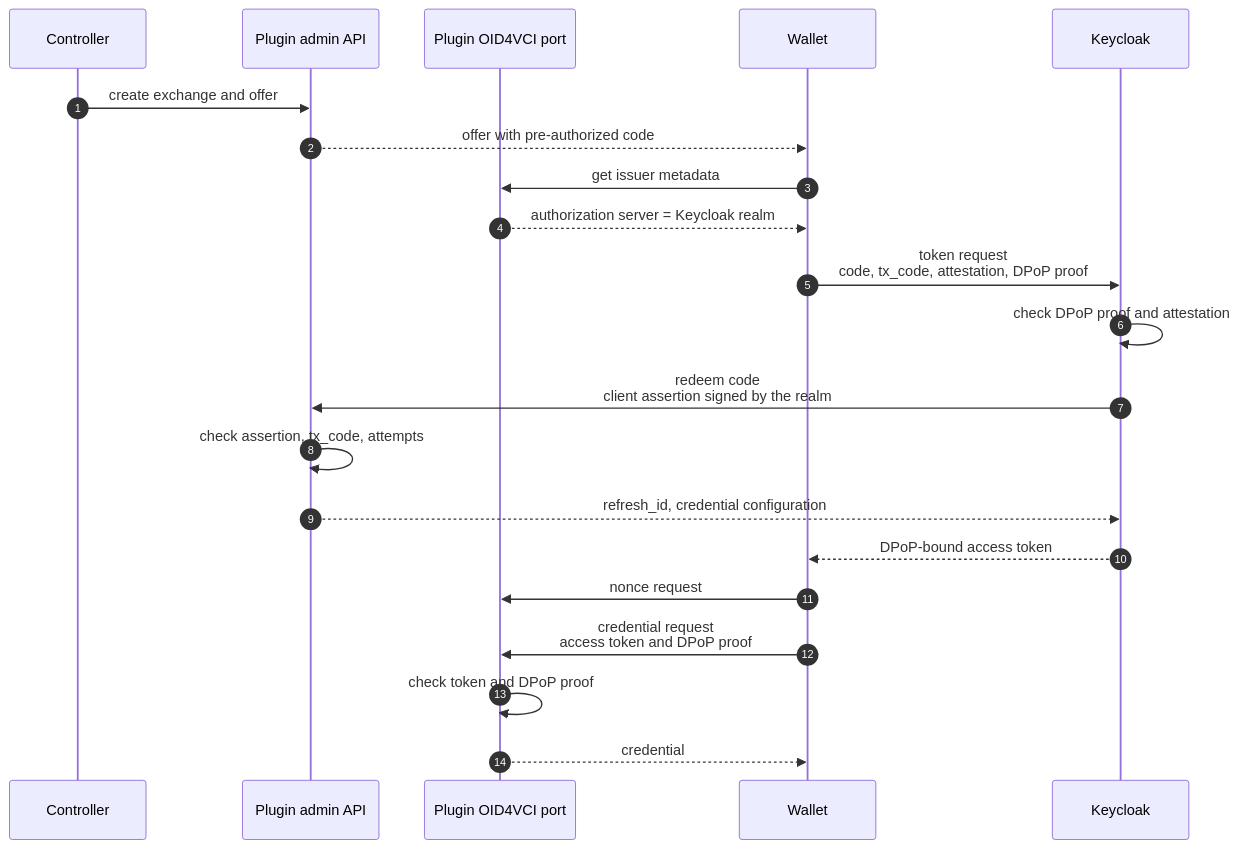
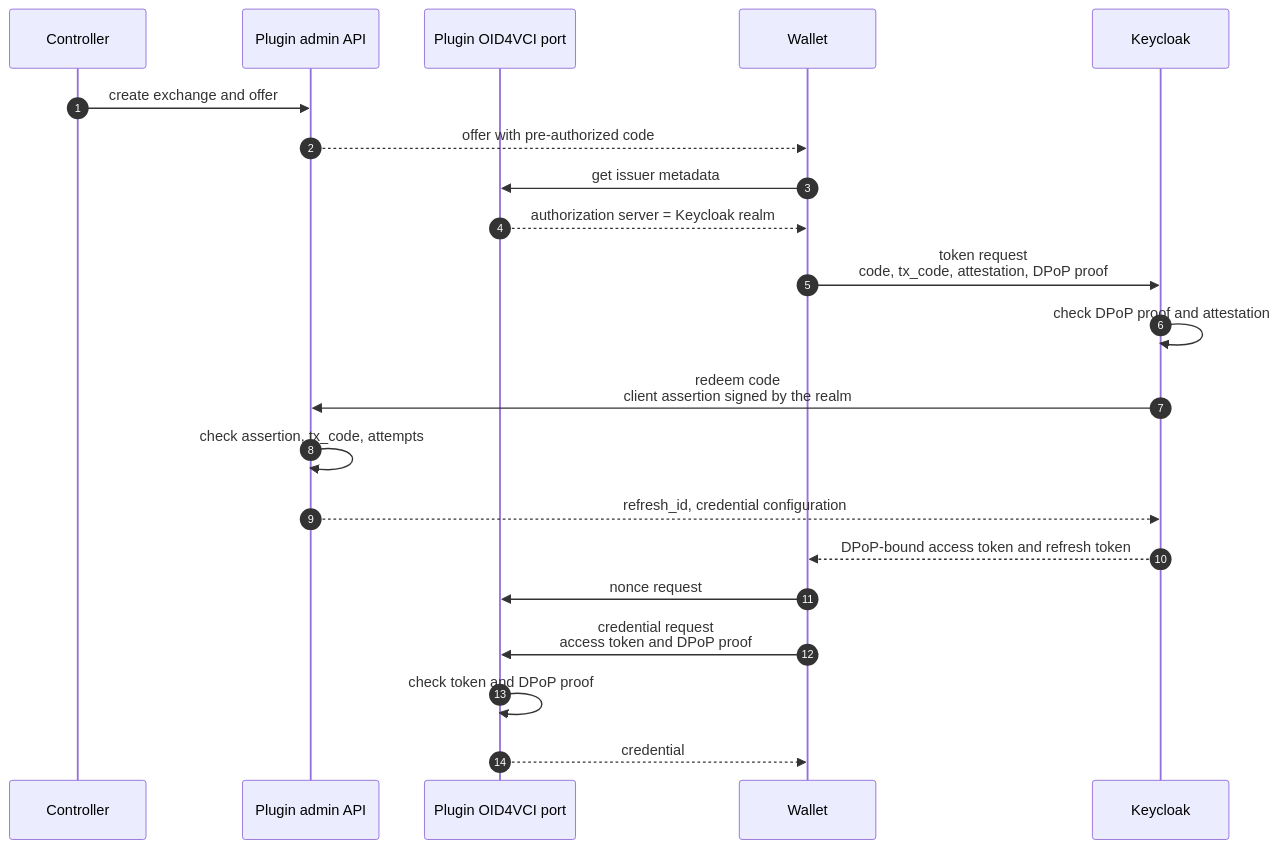
Before and after one commit to timbl-ont/acapy-plugins: the first of 2 diagrams in oid4vc/keycloak/README.md, drawn with Mermaid. The commit also changed other lines of this file and 14 other files, not shown here.

First line of the commit message:
feat(oid4vc/keycloak): long-lived, key-bound refresh tokens

````diff
--- a/oid4vc/keycloak/README.md
+++ b/oid4vc/keycloak/README.md
@@ -24,23 +24,23 @@
 ```mermaid
 sequenceDiagram
   autonumber
   participant C as Controller
   participant A as Plugin admin API
   participant P as Plugin OID4VCI port
   participant W as Wallet
   participant K as Keycloak
   C->>A: create exchange and offer
   A-->>W: offer with pre-authorized code
   W->>P: get issuer metadata
   P-->>W: authorization server = Keycloak realm
   W->>K: token request<br/>code, tx_code, attestation, DPoP proof
   K->>K: check DPoP proof and attestation
   K->>A: redeem code<br/>client assertion signed by the realm
   A->>A: check assertion, tx_code, attempts
   A-->>K: refresh_id, credential configuration
-  K-->>W: DPoP-bound access token
+  K-->>W: DPoP-bound access token and refresh token
   W->>P: nonce request
   W->>P: credential request<br/>access token and DPoP proof
   P->>P: check token and DPoP proof
   P-->>W: credential
 ```
````
